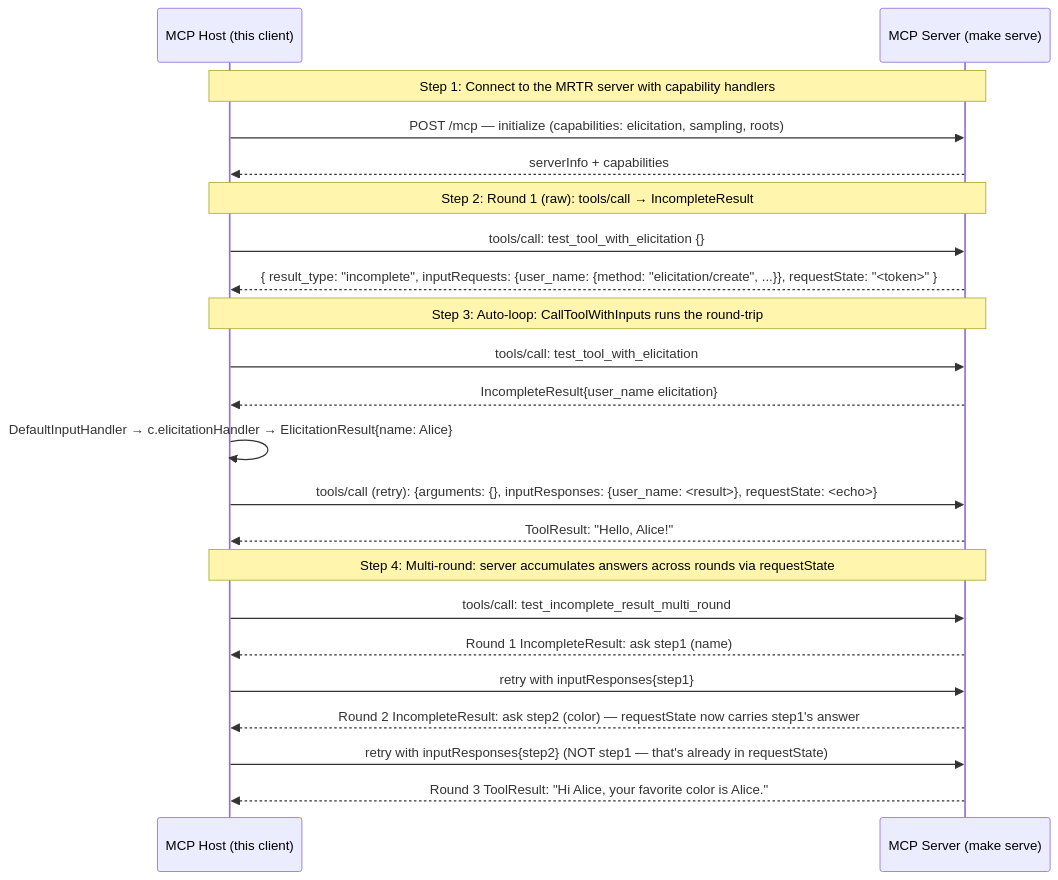
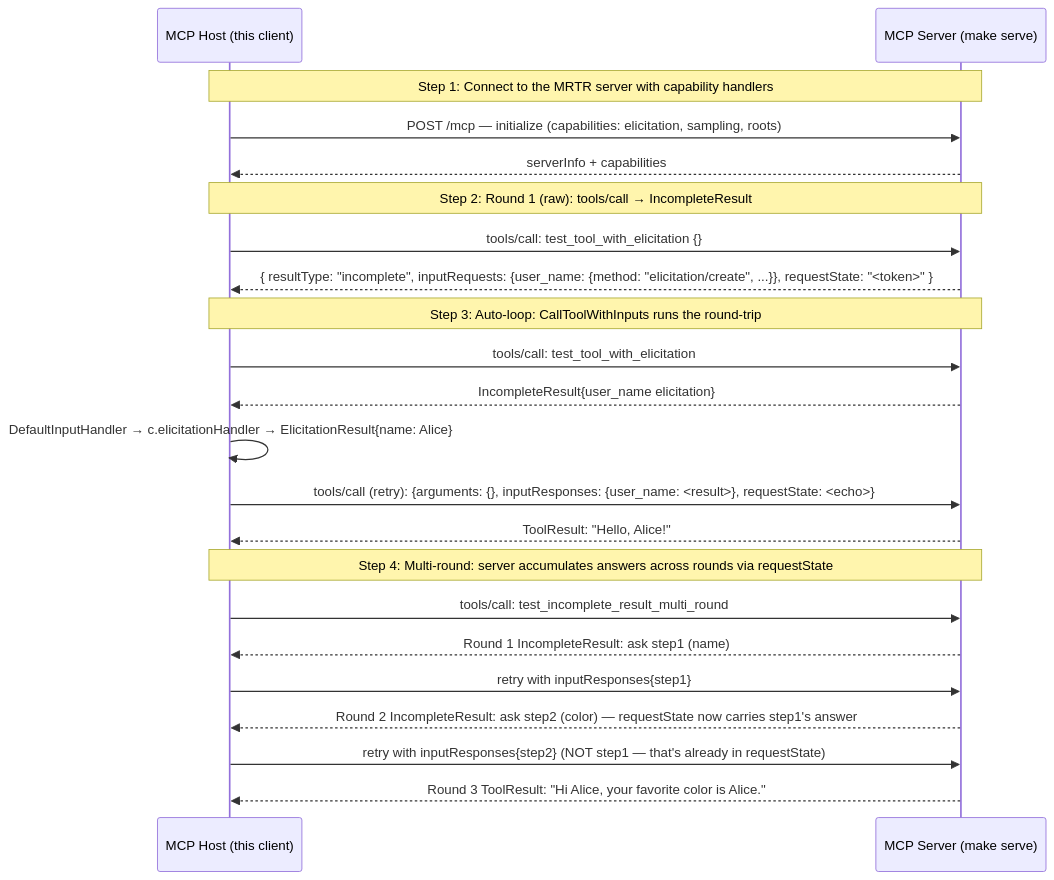
The diagram in examples/mrtr/WALKTHROUGH.md (panyam/mcpkit), drawn with Mermaid before and after one commit. The commit also changed other lines of this file and 26 other files, not shown here.

First line of the commit message:
feat(tasks-v2,mrtr): rename result_type → resultType (camelCase)

````diff
--- a/examples/mrtr/WALKTHROUGH.md
+++ b/examples/mrtr/WALKTHROUGH.md
@@ -14,28 +14,28 @@
 ```mermaid
 sequenceDiagram
     participant Host as MCP Host (this client)
     participant Server as MCP Server (make serve)
 
     Note over Host,Server: Step 1: Connect to the MRTR server with capability handlers
     Host->>Server: POST /mcp — initialize (capabilities: elicitation, sampling, roots)
     Server-->>Host: serverInfo + capabilities
 
     Note over Host,Server: Step 2: Round 1 (raw): tools/call → IncompleteResult
     Host->>Server: tools/call: test_tool_with_elicitation {}
-    Server-->>Host: { result_type: "incomplete", inputRequests: {user_name: {method: "elicitation/create", ...}}, requestState: "<token>" }
+    Server-->>Host: { resultType: "incomplete", inputRequests: {user_name: {method: "elicitation/create", ...}}, requestState: "<token>" }
 
     Note over Host,Server: Step 3: Auto-loop: CallToolWithInputs runs the round-trip
     Host->>Server: tools/call: test_tool_with_elicitation
     Server-->>Host: IncompleteResult{user_name elicitation}
     Host->>Host: DefaultInputHandler → c.elicitationHandler → ElicitationResult{name: Alice}
     Host->>Server: tools/call (retry): {arguments: {}, inputResponses: {user_name: <result>}, requestState: <echo>}
     Server-->>Host: ToolResult: "Hello, Alice!"
 
     Note over Host,Server: Step 4: Multi-round: server accumulates answers across rounds via requestState
     Host->>Server: tools/call: test_incomplete_result_multi_round
     Server-->>Host: Round 1 IncompleteResult: ask step1 (name)
     Host->>Server: retry with inputResponses{step1}
     Server-->>Host: Round 2 IncompleteResult: ask step2 (color) — requestState now carries step1's answer
     Host->>Server: retry with inputResponses{step2} (NOT step1 — that's already in requestState)
     Server-->>Host: Round 3 ToolResult: "Hi Alice, your favorite color is Alice."
 ```
````
